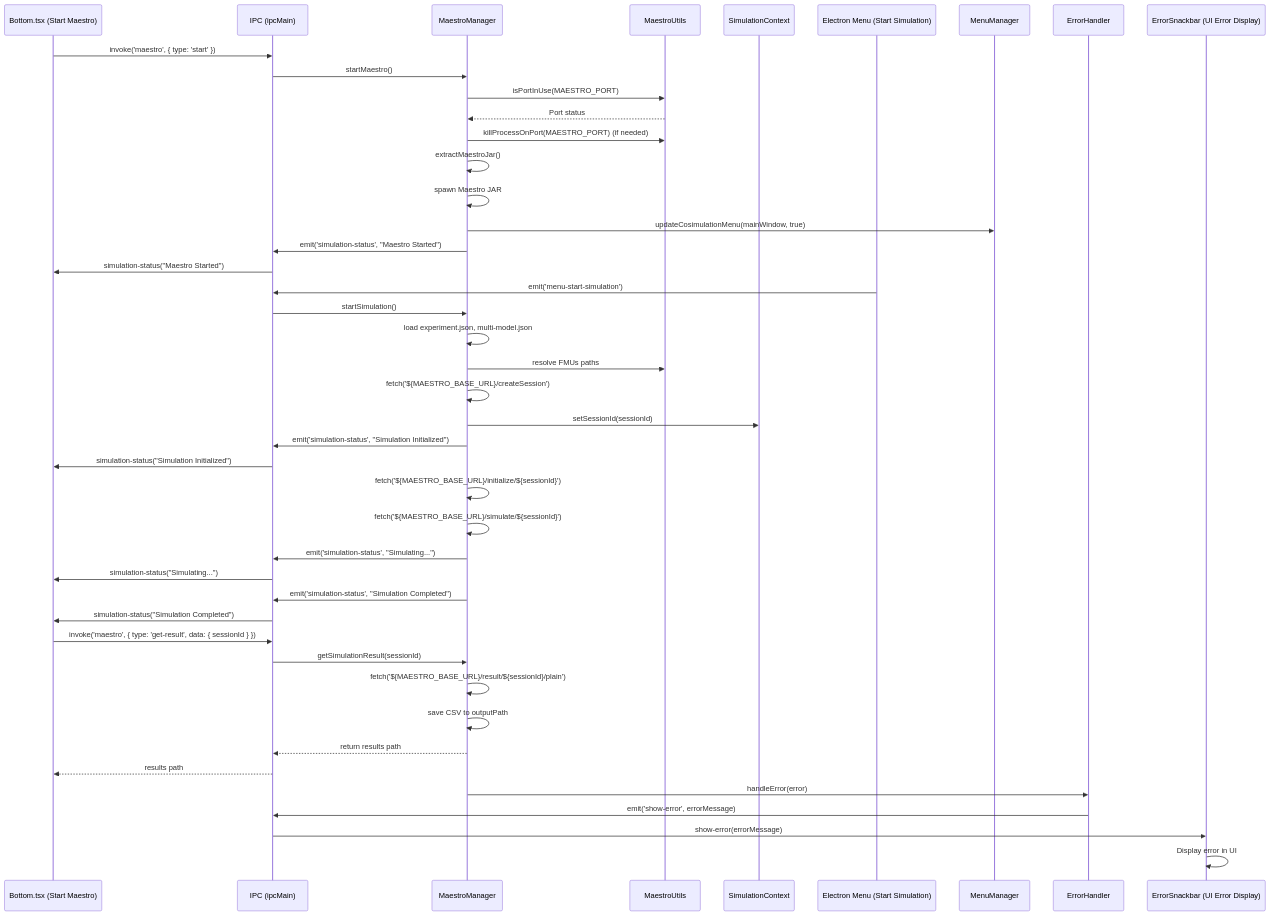
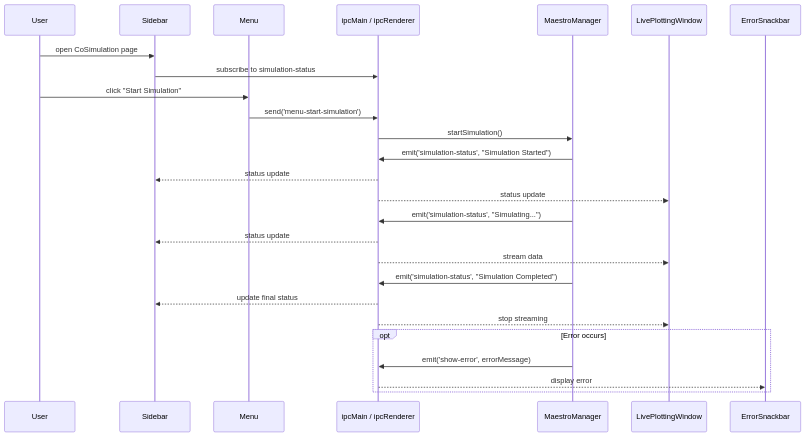
Before and after one commit to INTO-CPS-Association/into-cps-application: the seventh of 7 diagrams in docs/APPLICATION LAYERS.md, drawn with Mermaid. The commit also changed other lines of this file and 2 other files, not shown here.

Commit message:
Changes for APPLICATION LAYER: - Changed React App description - New package diagram - Changed all diagrams in the documentation - Modified descriptions in multiple sections, aligning the documentation to new updates

````diff
--- a/docs/APPLICATION LAYERS.md
+++ b/docs/APPLICATION LAYERS.md
@@ -404,63 +523,38 @@
 ```mermaid
 sequenceDiagram
-    %% Participants %%
-    participant Bottom as Bottom.tsx (Start Maestro)
-    participant IPC as IPC (ipcMain)
-    participant MM as MaestroManager
-    participant MU as MaestroUtils
-    participant MC as SimulationContext
-    participant Menu as Electron Menu (Start Simulation)
-    participant MenuManager as MenuManager
-    participant EH as ErrorHandler
-    participant Snackbar as ErrorSnackbar (UI Error Display)
+    participant User
+    participant Sidebar
+    participant Menu
+    participant IPC as ipcMain / ipcRenderer
+    participant Maestro as MaestroManager
+    participant LivePlot as LivePlottingWindow
+    participant ErrorSnackbar
 
-    %% 1. Starting Maestro from Bottom.tsx %%
-    Bottom->>IPC: invoke('maestro', { type: 'start' })
-    IPC->>MM: startMaestro()
-    MM->>MU: isPortInUse(MAESTRO_PORT)
-    MU-->>MM: Port status
-    MM->>MU: killProcessOnPort(MAESTRO_PORT) (if needed)
-    MM->>MM: extractMaestroJar()
-    MM->>MM: spawn Maestro JAR
-    MM->>MenuManager: updateCosimulationMenu(mainWindow, true)
-    MM->>IPC: emit('simulation-status', "Maestro Started")
+    %% 1. User opens CoSimulation page
+    User->>Sidebar: open CoSimulation page
+    Sidebar->>IPC: subscribe to simulation-status
 
-    %% 2. Bottom.tsx Receives Status Update %%
-    IPC->>Bottom: simulation-status("Maestro Started")
+    %% 2. User starts simulation from Menu
+    User->>Menu: click "Start Simulation"
+    Menu->>IPC: send('menu-start-simulation')
+    IPC->>Maestro: startSimulation()
+    Maestro->>IPC: emit('simulation-status', "Simulation Started")
+    IPC-->>Sidebar: status update
+    IPC-->>LivePlot: status update
 
-    %% 3. Starting Simulation from Electron Menu %%
-    Menu->>IPC: emit('menu-start-simulation')
-    IPC->>MM: startSimulation()
-    MM->>MM: load experiment.json, multi-model.json
-    MM->>MU: resolve FMUs paths
-    MM->>MM: fetch('${MAESTRO_BASE_URL}/createSession')
-    MM->>MC: setSessionId(sessionId)
-    MM->>IPC: emit('simulation-status', "Simulation Initialized")
+    %% 3. Simulation Running
+    Maestro->>IPC: emit('simulation-status', "Simulating...")
+    IPC-->>Sidebar: status update
+    IPC-->>LivePlot: stream data
 
-    %% 4. Bottom.tsx Receives Simulation Status %%
-    IPC->>Bottom: simulation-status("Simulation Initialized")
+    %% 4. Simulation Completed
+    Maestro->>IPC: emit('simulation-status', "Simulation Completed")
+    IPC-->>Sidebar: update final status
+    IPC-->>LivePlot: stop streaming
 
-    %% 5. Running Simulation %%
-    MM->>MM: fetch('${MAESTRO_BASE_URL}/initialize/${sessionId}')
-    MM->>MM: fetch('${MAESTRO_BASE_URL}/simulate/${sessionId}')
-    MM->>IPC: emit('simulation-status', "Simulating...")
-    IPC->>Bottom: simulation-status("Simulating...")
-
-    %% 6. Simulation Completion %%
-    MM->>IPC: emit('simulation-status', "Simulation Completed")
-    IPC->>Bottom: simulation-status("Simulation Completed")
-
-    %% 7. Fetching Results %%
-    Bottom->>IPC: invoke('maestro', { type: 'get-result', data: { sessionId } })
-    IPC->>MM: getSimulationResult(sessionId)
-    MM->>MM: fetch('${MAESTRO_BASE_URL}/result/${sessionId}/plain')
-    MM->>MM: save CSV to outputPath
-    MM-->>IPC: return results path
-    IPC-->>Bottom: results path
-
-    %% 8. Error Handling and Snackbar Display %%
-    MM->>EH: handleError(error)
-    EH->>IPC: emit('show-error', errorMessage)
-    IPC->>Snackbar: show-error(errorMessage)
-    Snackbar->>Snackbar: Display error in UI
+    %% 5. Error Handling
+    opt Error occurs
+        Maestro->>IPC: emit('show-error', errorMessage)
+        IPC-->>ErrorSnackbar: display error
+    end
 ```
````
